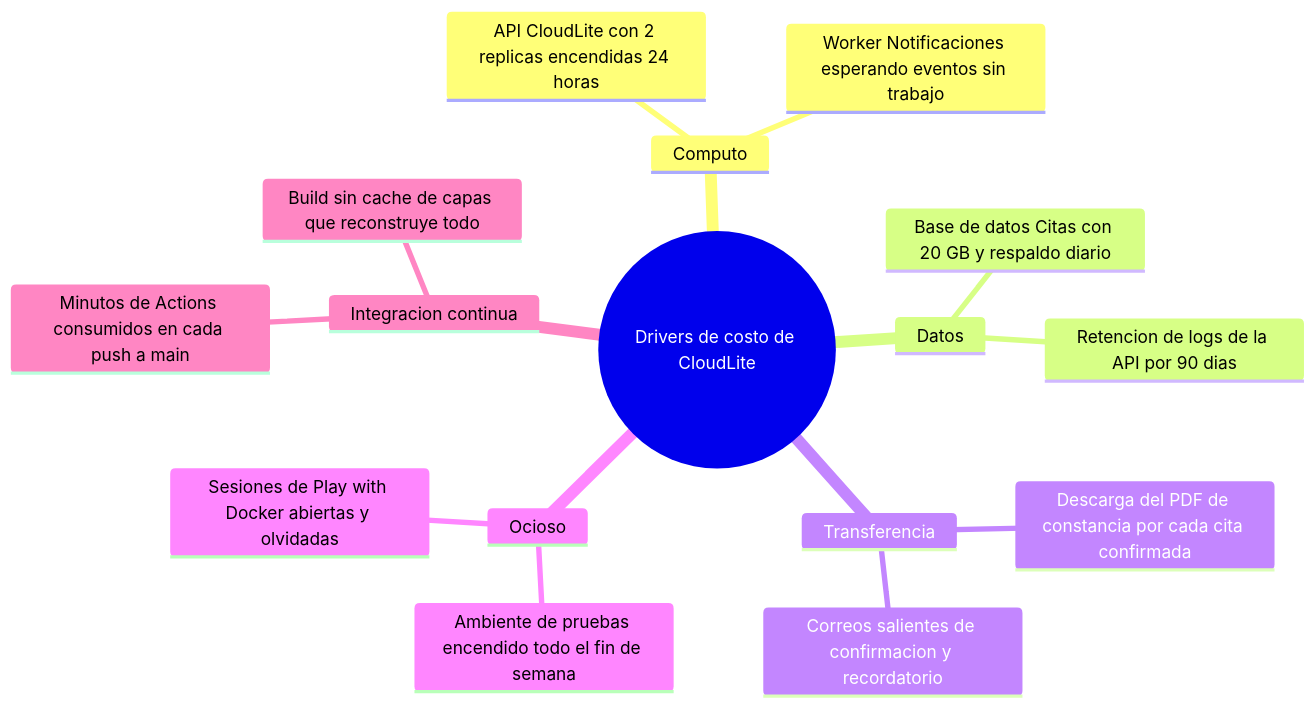
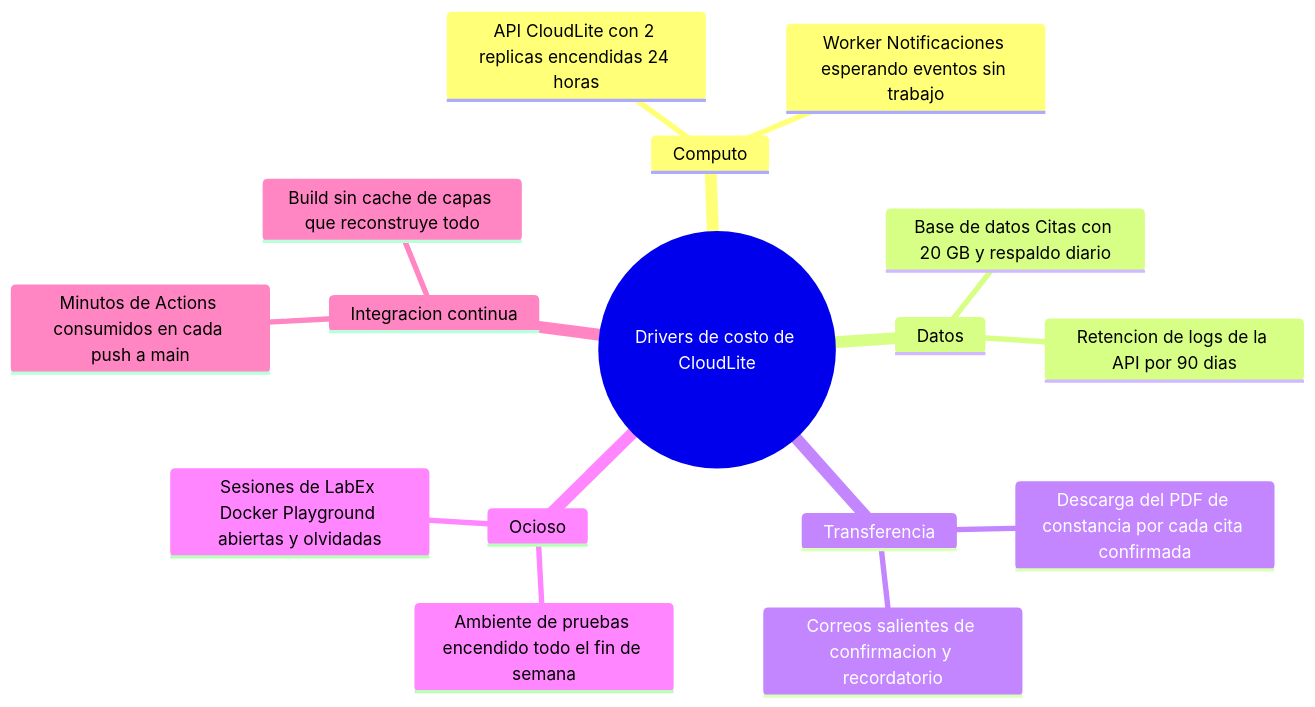
Before and after one commit to AndresDFX/UNIAJ: the diagram in Arquitectura de Sistemas Computacionales/Kit docente/Clase 10/Taller en ExamLab - Clase 10 (configuracion).md, drawn with Mermaid. The commit also changed other lines of this file and 535 other files, not shown here.

First line of the commit message:
Semestre 2026-2: calendario de 13 sesiones, LabEx y modalidad individual

````diff
--- a/Arquitectura de Sistemas Computacionales/Kit docente/Clase 10/Taller en ExamLab - Clase 10 (configuracion).md
+++ b/Arquitectura de Sistemas Computacionales/Kit docente/Clase 10/Taller en ExamLab - Clase 10 (configuracion).md
@@ -70,19 +70,19 @@
 ```mermaid
 mindmap
   root((Drivers de costo de CloudLite))
     Computo
       API CloudLite con 2 replicas encendidas 24 horas
       Worker Notificaciones esperando eventos sin trabajo
     Datos
       Base de datos Citas con 20 GB y respaldo diario
       Retencion de logs de la API por 90 dias
     Transferencia
       Descarga del PDF de constancia por cada cita confirmada
       Correos salientes de confirmacion y recordatorio
     Ocioso
       Ambiente de pruebas encendido todo el fin de semana
-      Sesiones de Play with Docker abiertas y olvidadas
+      Sesiones de LabEx Docker Playground abiertas y olvidadas
     Integracion continua
       Minutos de Actions consumidos en cada push a main
       Build sin cache de capas que reconstruye todo
 ```
````
